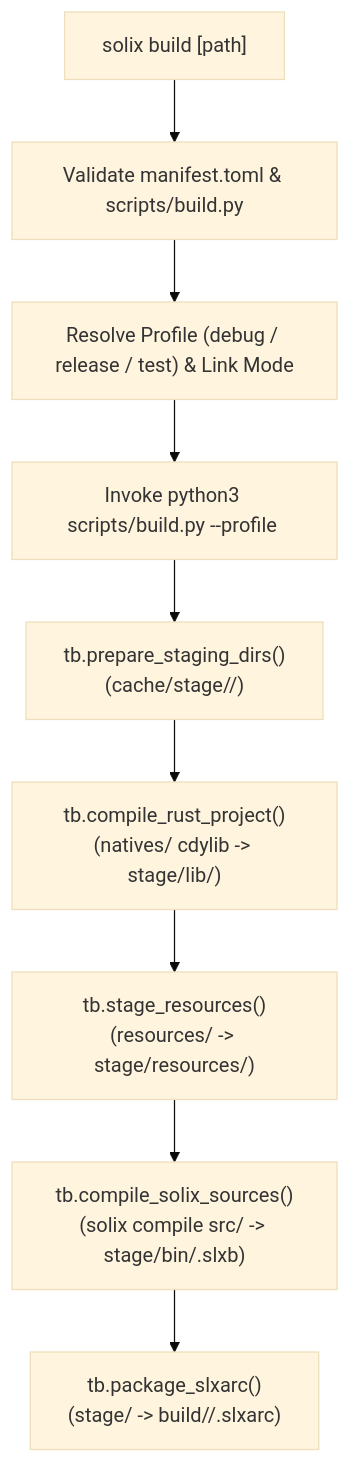
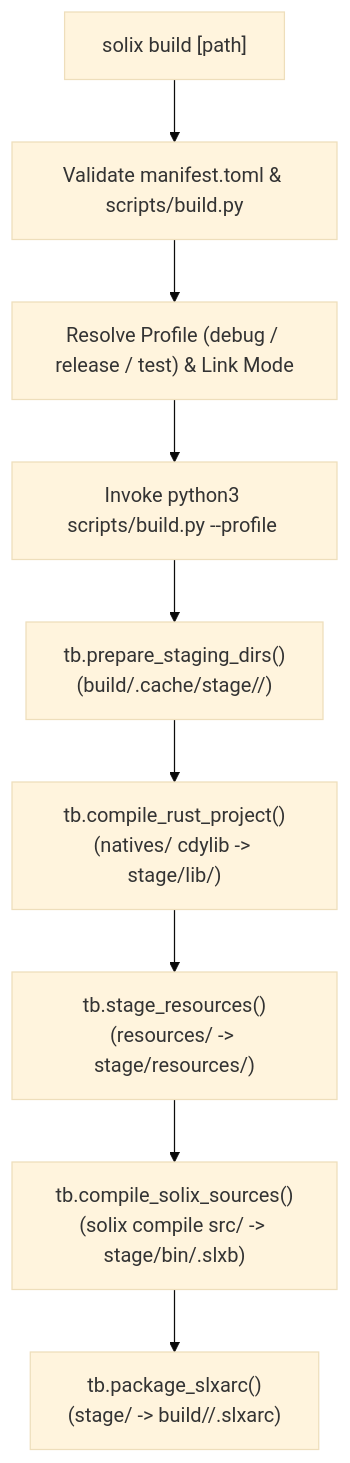
Before and after one commit to Jehudme/solix-language: the diagram in docs/spec/tools/cli/build.md, drawn with Mermaid (base theme). The commit also changed other lines of this file and 82 other files, not shown here.

Commit message:
feat(toolchain): reorganize crates, embed assets, de-bloat common and relocate build cache

````diff
--- a/docs/spec/tools/cli/build.md
+++ b/docs/spec/tools/cli/build.md
@@ -41,11 +41,11 @@
 ```mermaid
 flowchart TD
     A["solix build [path]"] --> B["Validate manifest.toml & scripts/build.py"]
     B --> C["Resolve Profile (debug / release / test) & Link Mode"]
     C --> D["Invoke python3 scripts/build.py --profile <profile>"]
-    D --> E["tb.prepare_staging_dirs()<br>(cache/stage/<profile>/)"]
+    D --> E["tb.prepare_staging_dirs()<br>(build/.cache/stage/<profile>/)"]
     E --> F["tb.compile_rust_project()<br>(natives/ cdylib -> stage/lib/)"]
     F --> G["tb.stage_resources()<br>(resources/ -> stage/resources/)"]
     G --> H["tb.compile_solix_sources()<br>(solix compile src/ -> stage/bin/<name>.slxb)"]
     H --> I["tb.package_slxarc()<br>(stage/ -> build/<profile>/<name>.slxarc)"]
 ```
````
